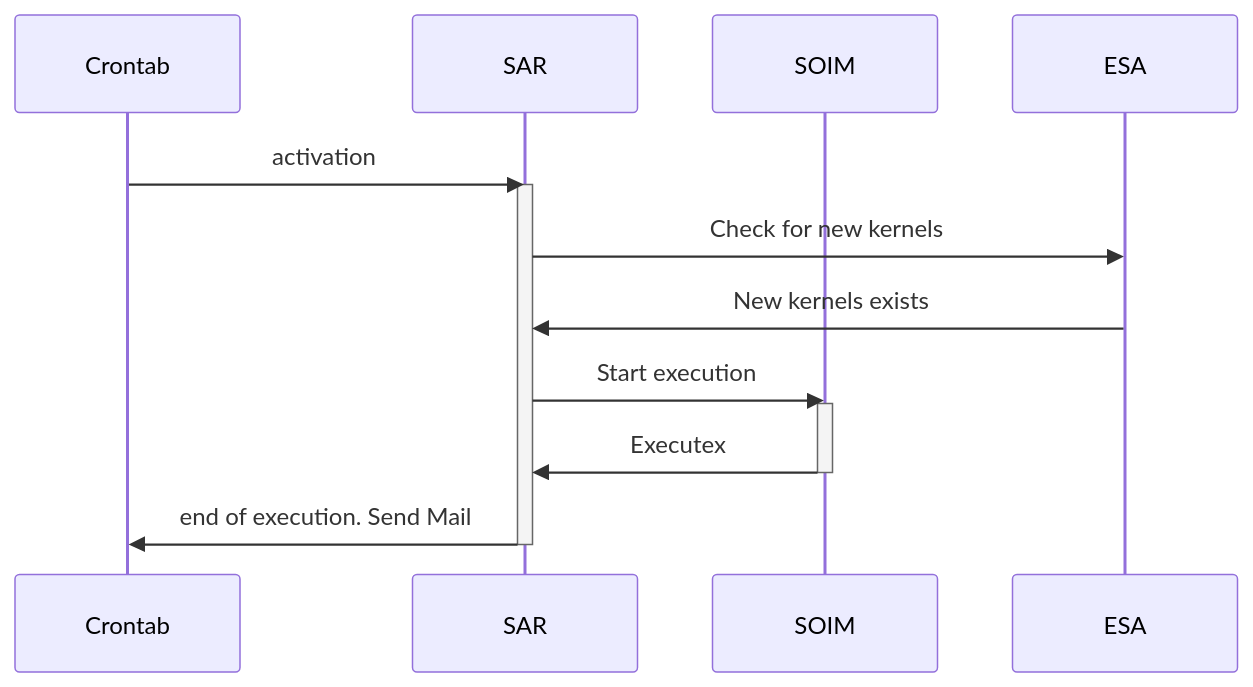
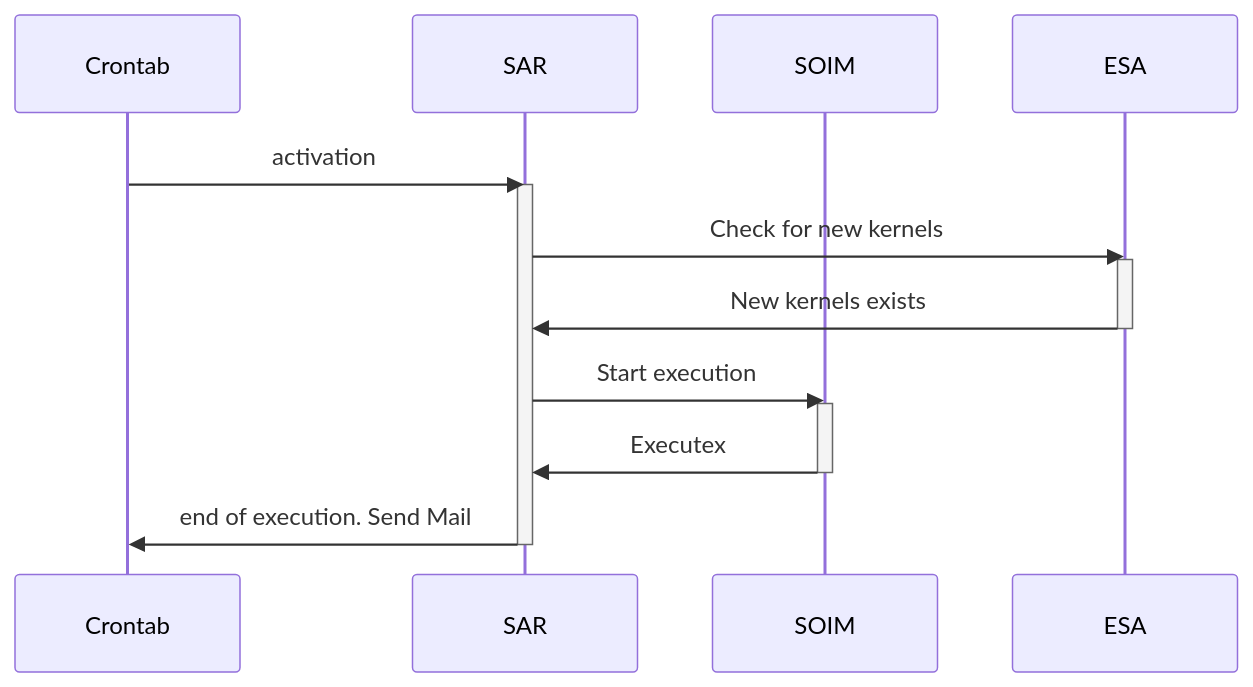
The first of 2 diagrams in README.md (simionie/SOIM), drawn with Mermaid before and after one commit. The commit also changed other lines of this file, not shown here.

````diff
--- a/README.md
+++ b/README.md
@@ -4,17 +4,19 @@
 ```mermaid
 sequenceDiagram
     participant C as Crontab
     participant SAR
     participant SOIM
     participant ESA
     C ->>SAR: activation
     activate SAR
     SAR ->>ESA: Check for new kernels
+    activate ESA
     ESA ->> SAR: New kernels exists
+    deactivate ESA
     SAR ->> SOIM: Start execution
     activate SOIM
     SOIM ->> SAR: Executex
     deactivate SOIM
     SAR ->> C: end of execution. Send Mail
     deactivate SAR
 ```
````
